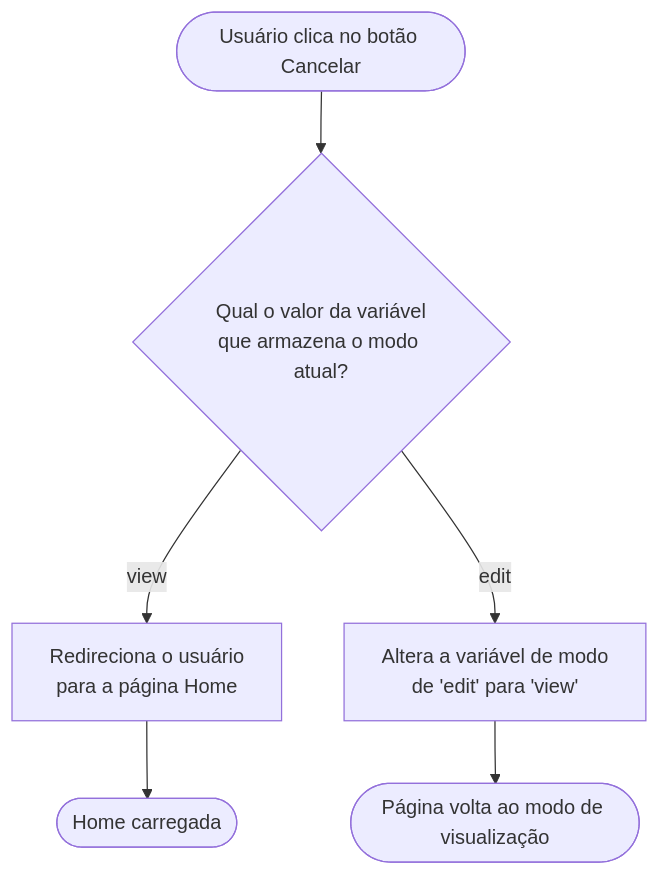
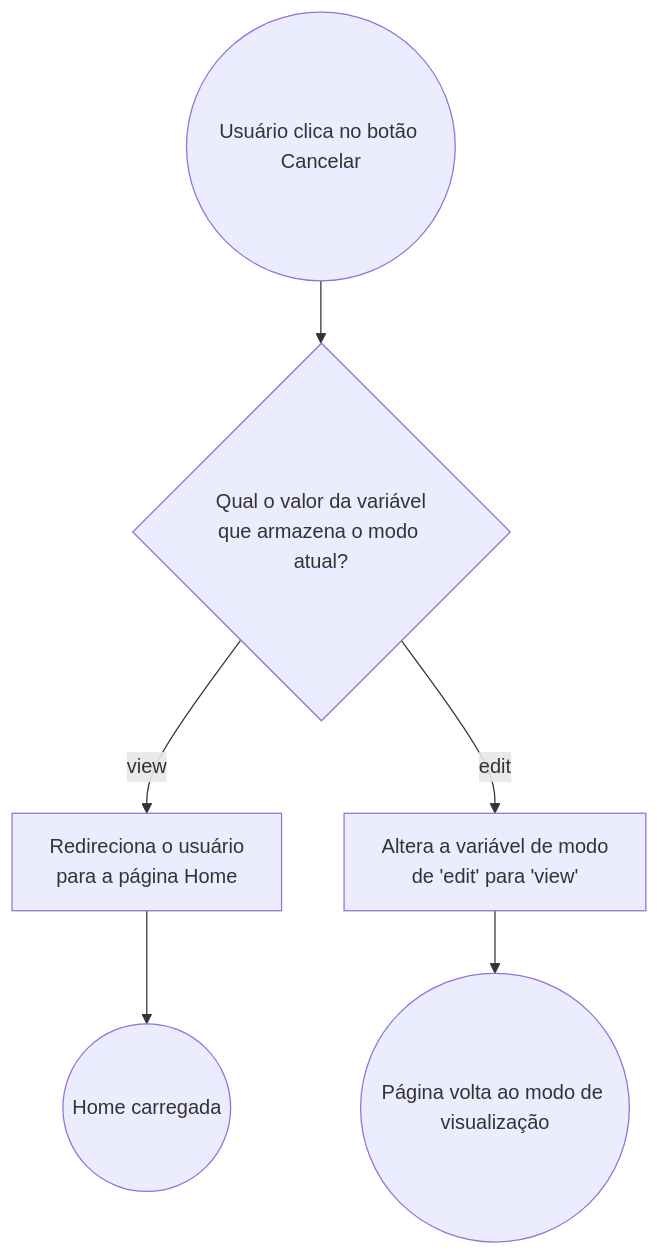
Diagram 13 of 14 in CONTEXT.md (AsaphMoraes/AnotaAqui), drawn with Mermaid before and after one commit. The commit also changed other lines of this file, not shown here.

````diff
--- a/CONTEXT.md
+++ b/CONTEXT.md
@@ -281,10 +290,10 @@
 ```mermaid
 flowchart TB
-    A([Usuário clica no botão Cancelar]) --> B{Qual o valor da variável<br>que armazena o modo atual?}
+    A((Usuário clica no botão Cancelar)) --> B{Qual o valor da variável<br>que armazena o modo atual?}
 
     B -->|view| C[Redireciona o usuário<br>para a página Home]
-    C --> D([Home carregada])
+    C --> D((Home carregada))
 
     B -->|edit| E[Altera a variável de modo<br>de 'edit' para 'view']
-    E --> H([Página volta ao modo de visualização])
+    E --> H((Página volta ao modo de visualização))
 ```
````
